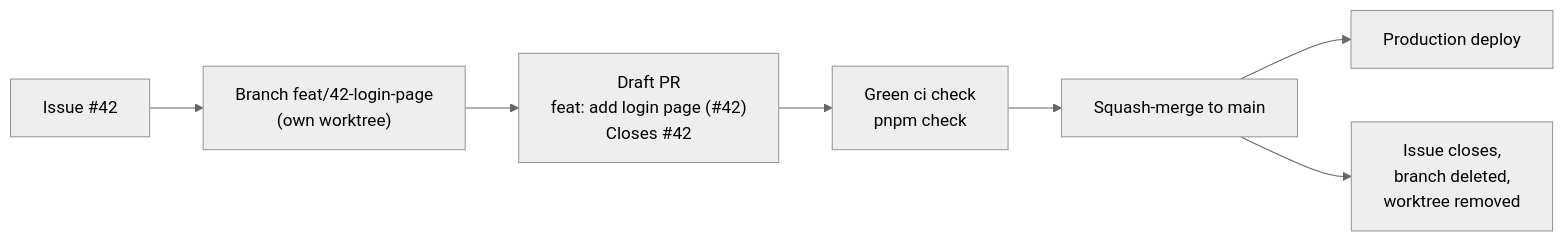
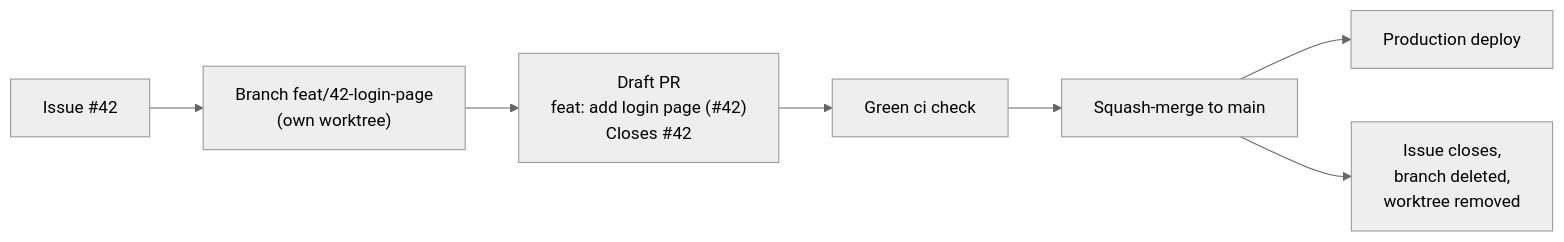
The diagram in CONTRIBUTING.md (Rickvu309/opencv), drawn with Mermaid (neutral theme) before and after one commit. The commit also changed other lines of this file and 14 other files, not shown here.

````diff
--- a/CONTRIBUTING.md
+++ b/CONTRIBUTING.md
@@ -12,9 +12,9 @@
 ```mermaid
 flowchart LR
     A["Issue #42"] --> B["Branch feat/42-login-page<br/>(own worktree)"]
     B --> C["Draft PR<br/>feat: add login page (#42)<br/>Closes #42"]
-    C --> D["Green ci check<br/>pnpm check"]
+    C --> D["Green ci check"]
     D --> E["Squash-merge to main"]
     E --> F["Production deploy"]
     E --> G["Issue closes,<br/>branch deleted,<br/>worktree removed"]
 ```
````
